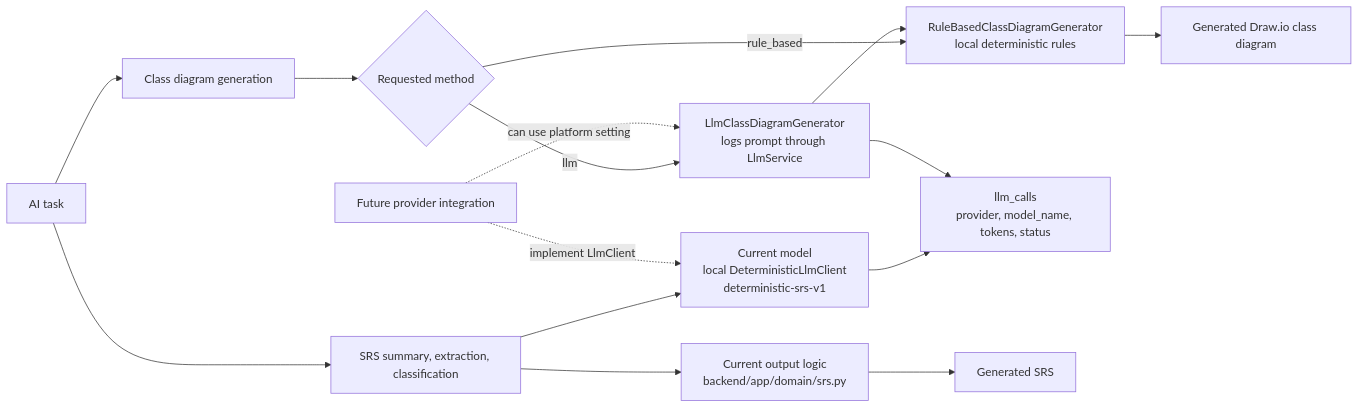
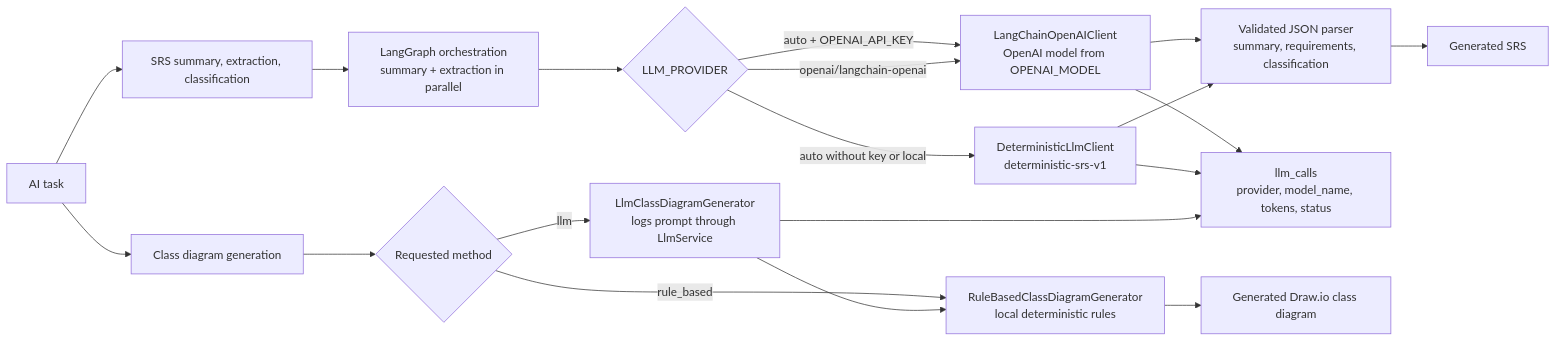
Before and after one commit to sazidmahin/SPL-3: the second of 3 diagrams in .specsmd/ai-engineering-design/07-ai-pipeline-model-selection-prompt-design.md, drawn with Mermaid. The commit also changed other lines of this file and 69 other files, not shown here.

````diff
--- a/.specsmd/ai-engineering-design/07-ai-pipeline-model-selection-prompt-design.md
+++ b/.specsmd/ai-engineering-design/07-ai-pipeline-model-selection-prompt-design.md
@@ -66,20 +75,25 @@
 ```mermaid
 flowchart LR
   UseCase["AI task"] --> SrsTask["SRS summary, extraction, classification"]
   UseCase --> DiagramTask["Class diagram generation"]
 
-  SrsTask --> SrsModel["Current model<br/>local DeterministicLlmClient<br/>deterministic-srs-v1"]
-  SrsTask --> SrsRules["Current output logic<br/>backend/app/domain/srs.py"]
+  SrsTask --> GraphFlow["LangGraph orchestration<br/>summary + extraction in parallel"]
+  GraphFlow --> ProviderChoice{"LLM_PROVIDER"}
+  ProviderChoice -- auto + OPENAI_API_KEY --> OpenAIModel["LangChainOpenAIClient<br/>OpenAI model from OPENAI_MODEL"]
+  ProviderChoice -- auto without key or local --> LocalModel["DeterministicLlmClient<br/>deterministic-srs-v1"]
+  ProviderChoice -- openai/langchain-openai --> OpenAIModel
+
+  OpenAIModel --> JsonParser["Validated JSON parser<br/>summary, requirements, classification"]
+  LocalModel --> JsonParser
+  JsonParser --> GeneratedSrs["Generated SRS"]
+
   DiagramTask --> RuleChoice{"Requested method"}
   RuleChoice -- rule_based --> RuleModel["RuleBasedClassDiagramGenerator<br/>local deterministic rules"]
   RuleChoice -- llm --> LlmChoice["LlmClassDiagramGenerator<br/>logs prompt through LlmService"]
   LlmChoice --> RuleModel
 
-  SrsModel --> LlmLog["llm_calls<br/>provider, model_name, tokens, status"]
+  OpenAIModel --> LlmLog["llm_calls<br/>provider, model_name, tokens, status"]
+  LocalModel --> LlmLog
   LlmChoice --> LlmLog
-  SrsRules --> GeneratedSrs["Generated SRS"]
   RuleModel --> GeneratedDiagram["Generated Draw.io class diagram"]
-
-  Future["Future provider integration"] -. implement LlmClient .-> SrsModel
-  Future -. can use platform setting .-> LlmChoice
 ```
````
